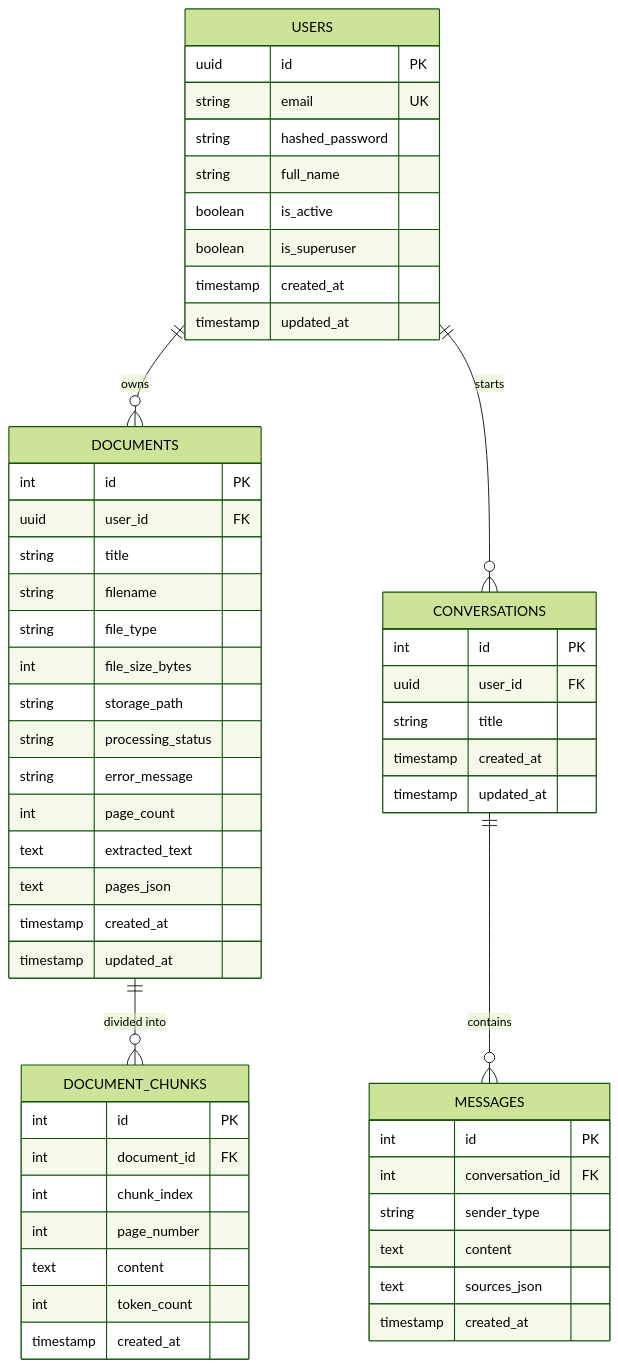
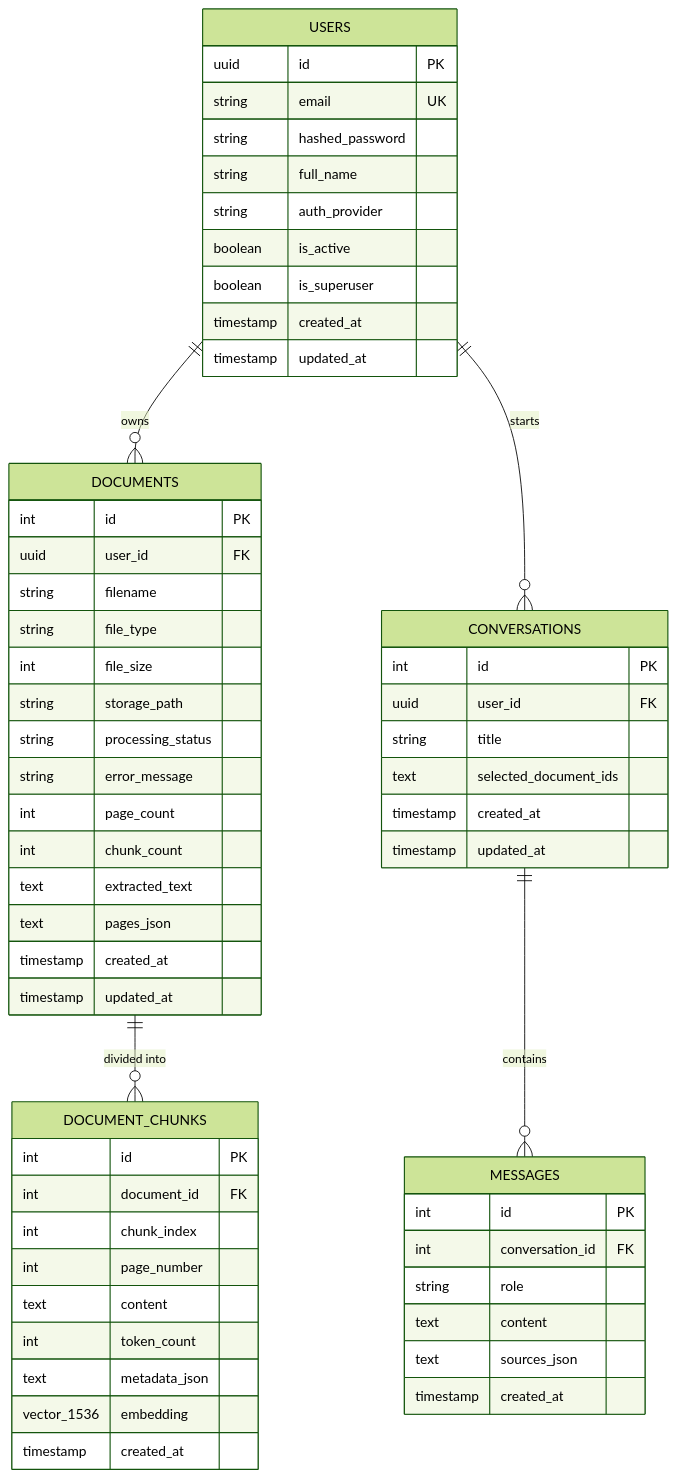
The diagram in docs/DATABASE_DESIGN.md (AfsarAI/KnowFlow), drawn with Mermaid (forest theme) before and after one commit. The commit also changed other lines of this file and 32 other files, not shown here.

````diff
--- a/docs/DATABASE_DESIGN.md
+++ b/docs/DATABASE_DESIGN.md
@@ -9,62 +9,66 @@
 ```mermaid
 erDiagram
     USERS ||--o{ DOCUMENTS : "owns"
     USERS ||--o{ CONVERSATIONS : "starts"
     DOCUMENTS ||--o{ DOCUMENT_CHUNKS : "divided into"
     CONVERSATIONS ||--o{ MESSAGES : "contains"
 
     USERS {
         uuid id PK
         string email UK
         string hashed_password
         string full_name
+        string auth_provider
         boolean is_active
         boolean is_superuser
         timestamp created_at
         timestamp updated_at
     }
 
     DOCUMENTS {
         int id PK
         uuid user_id FK
-        string title
         string filename
         string file_type
-        int file_size_bytes
+        int file_size
         string storage_path
         string processing_status
         string error_message
         int page_count
+        int chunk_count
         text extracted_text
         text pages_json
         timestamp created_at
         timestamp updated_at
     }
 
     DOCUMENT_CHUNKS {
         int id PK
         int document_id FK
         int chunk_index
         int page_number
         text content
         int token_count
+        text metadata_json
+        vector_1536 embedding
         timestamp created_at
     }
 
     CONVERSATIONS {
         int id PK
         uuid user_id FK
         string title
+        text selected_document_ids
         timestamp created_at
         timestamp updated_at
     }
 
     MESSAGES {
         int id PK
         int conversation_id FK
-        string sender_type
+        string role
         text content
         text sources_json
         timestamp created_at
     }
 ```
````
